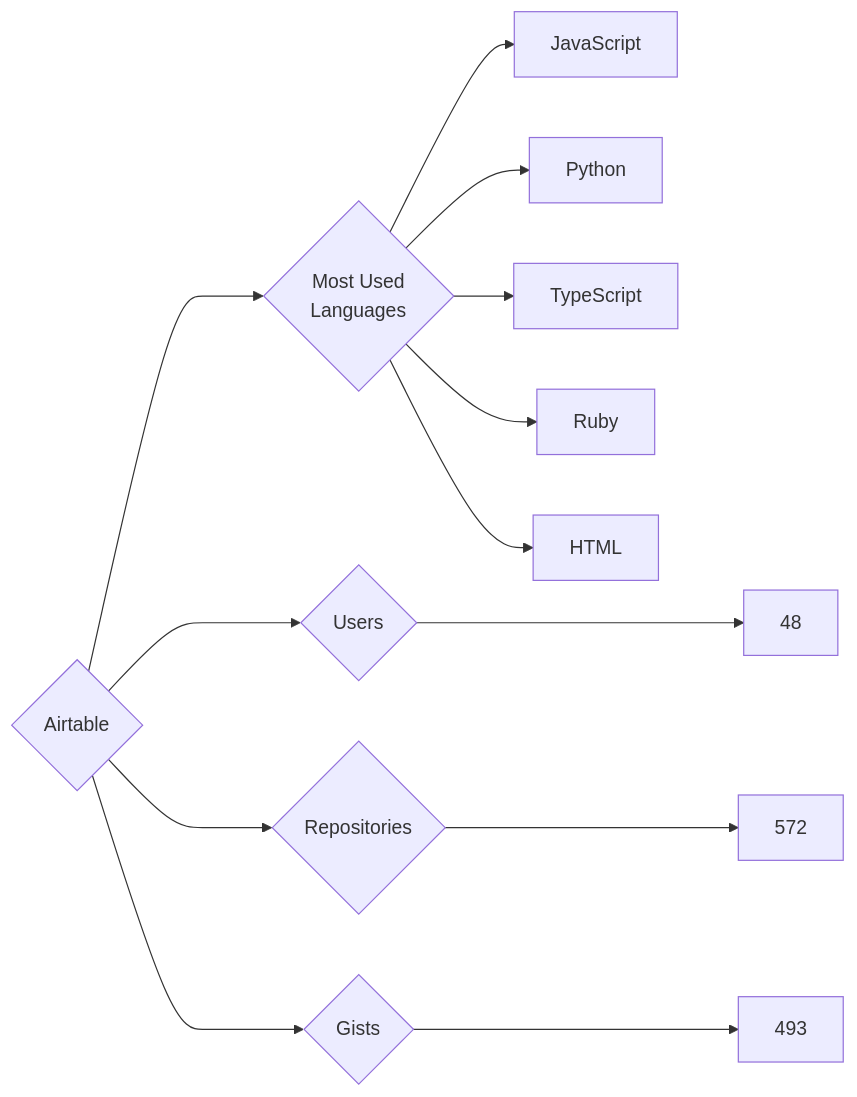
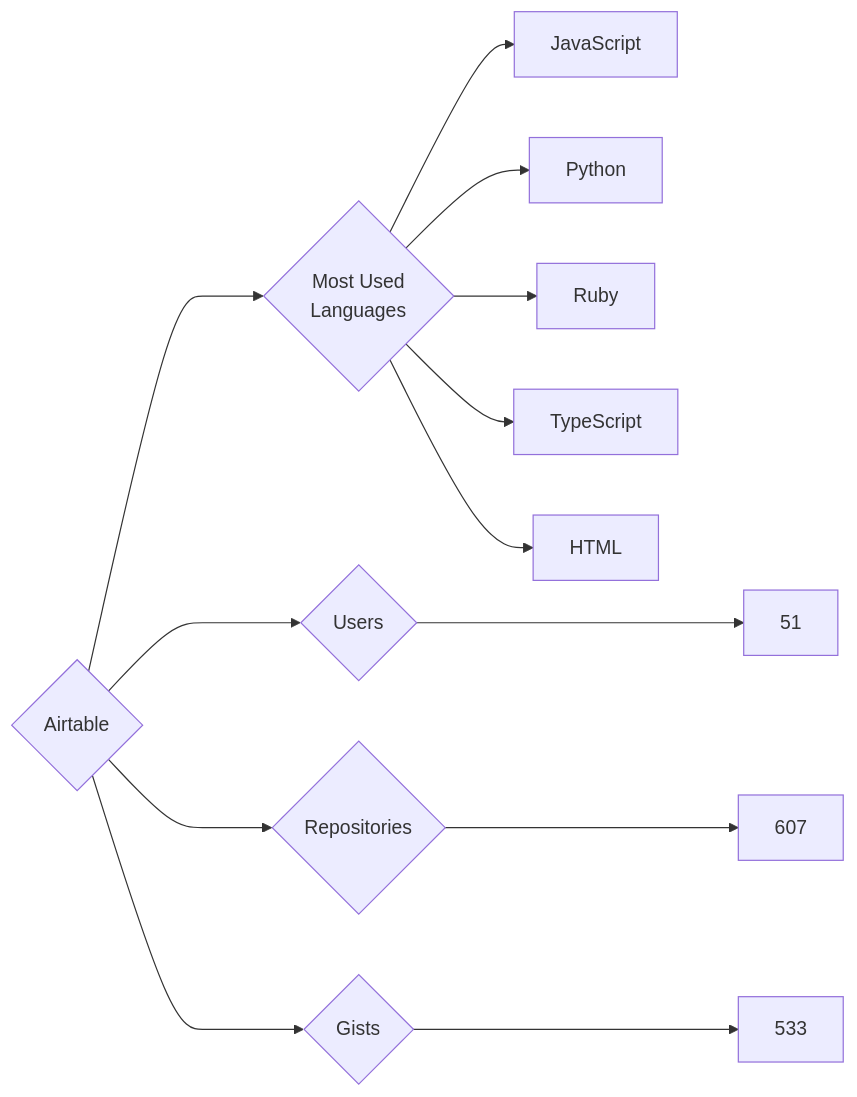
One commit to trickest/insiders changed the diagram in targets/Airtable/README.md. Above: the diagram before and after it, drawn with Mermaid. The commit also changed 688 other files, not shown here.

````diff
--- a/targets/Airtable/README.md
+++ b/targets/Airtable/README.md
@@ -3,13 +3,13 @@
 ```mermaid
 graph LR
 COMPANY_NAME{Airtable}
-COMPANY_NAME ---> U{Users} ---> UN[48]
-COMPANY_NAME ---> R{Repositories} ---> RN[572]
-COMPANY_NAME ---> G{Gists} ---> GN[493]
+COMPANY_NAME ---> U{Users} ---> UN[51]
+COMPANY_NAME ---> R{Repositories} ---> RN[607]
+COMPANY_NAME ---> G{Gists} ---> GN[533]
 COMPANY_NAME ---> ML{Most Used<br>Languages}
 ML --> JavaScript[JavaScript]
 ML --> Python[Python]
+ML --> Ruby[Ruby]
 ML --> TypeScript[TypeScript]
-ML --> Ruby[Ruby]
 ML --> HTML[HTML]
 ```
````
